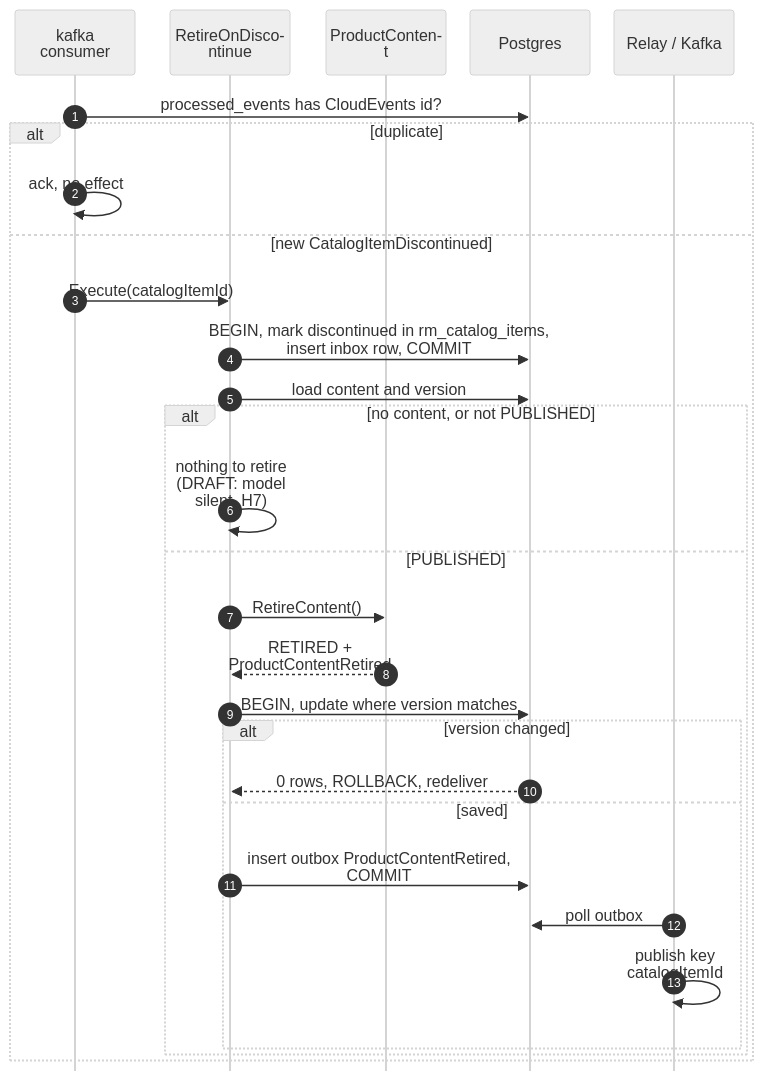
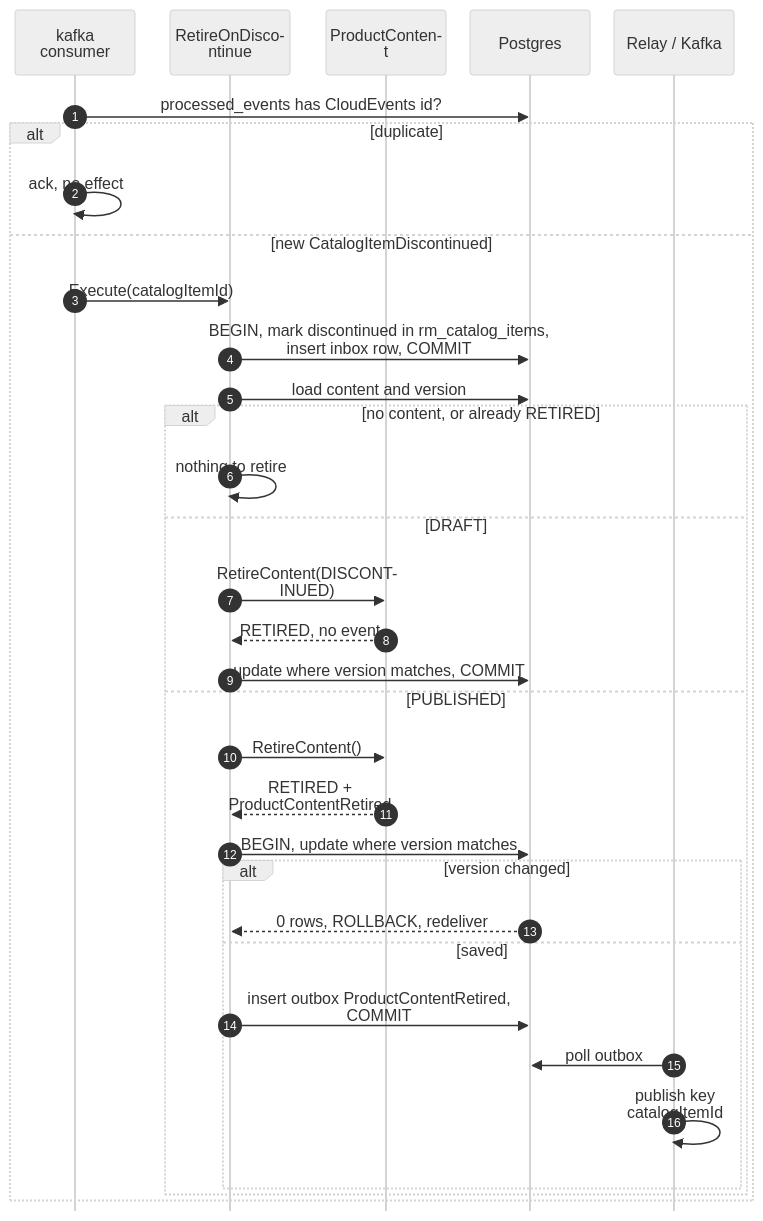
Before and after one commit to IQVO/warehouse-docs: the fifth of 10 diagrams in storefront/docs/contexts/product-content/sequence-diagrams.md, drawn with Mermaid (neutral theme). The commit also changed other lines of this file and 16 other files, not shown here.

Commit message:
docs(storefront): model-fix 4-5/7 - product-content, product-discovery, shopping-cart decisions applied; checkout model + events (24->26)

````diff
--- a/storefront/docs/contexts/product-content/sequence-diagrams.md
+++ b/storefront/docs/contexts/product-content/sequence-diagrams.md
@@ -233,32 +245,36 @@
 ```mermaid
 %%{init: {"sequence": {"wrap": true, "width": 120, "actorMargin": 24, "messageMargin": 28, "boxMargin": 6, "noteMargin": 6, "mirrorActors": false}}}%%
 sequenceDiagram
     autonumber
     participant KC as kafka consumer
     participant UC as RetireOnDiscontinue
     participant A as ProductContent
     participant DB as Postgres
     participant K as Relay / Kafka
     KC->>DB: processed_events has CloudEvents id?
     alt duplicate
         KC->>KC: ack, no effect
     else new CatalogItemDiscontinued
         KC->>UC: Execute(catalogItemId)
         UC->>DB: BEGIN, mark discontinued in rm_catalog_items,<br/>insert inbox row, COMMIT
         UC->>DB: load content and version
-        alt no content, or not PUBLISHED
-            UC->>UC: nothing to retire (DRAFT: model silent, H7)
+        alt no content, or already RETIRED
+            UC->>UC: nothing to retire
+        else DRAFT
+            UC->>A: RetireContent(DISCONTINUED)
+            A-->>UC: RETIRED, no event
+            UC->>DB: update where version matches, COMMIT
         else PUBLISHED
             UC->>A: RetireContent()
             A-->>UC: RETIRED + ProductContentRetired
             UC->>DB: BEGIN, update where version matches
             alt version changed
                 DB-->>UC: 0 rows, ROLLBACK, redeliver
             else saved
                 UC->>DB: insert outbox ProductContentRetired, COMMIT
                 K->>DB: poll outbox
                 K->>K: publish key catalogItemId
             end
         end
     end
 ```
````
